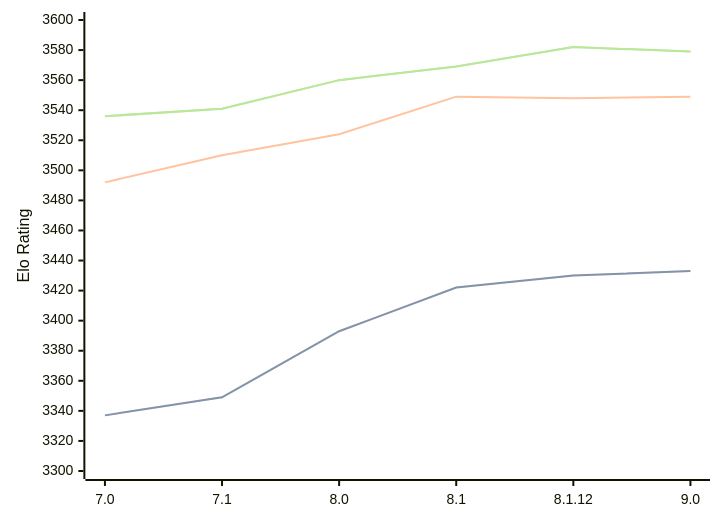
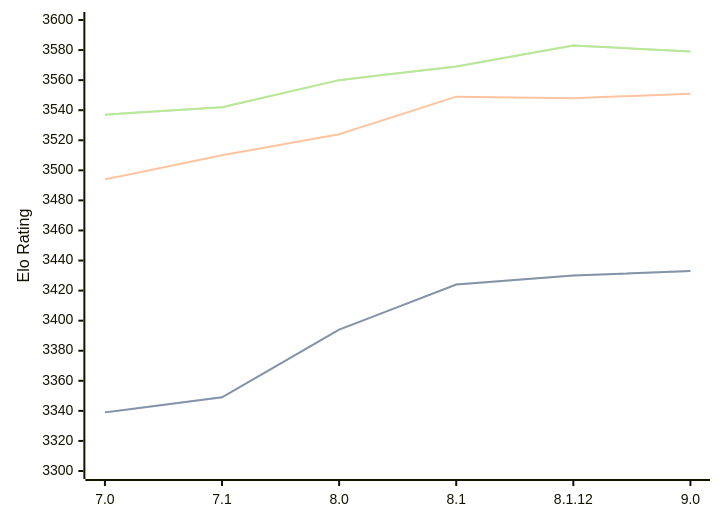
One commit to computer-chess-index/cci changed the diagram in engines/Alexandria.md. Above: the diagram before and after it, drawn with Mermaid. The commit also changed other lines of this file, not shown here.

Commit message:
Update CCI Ratings (ELO VLTC) - 2026-09-07

````diff
--- a/engines/Alexandria.md
+++ b/engines/Alexandria.md
@@ -36,11 +36,11 @@
 ```mermaid
 %%{init: {"theme":"base","themeVariables":{"seriesColors:['#a3a3a3','#222221','#faa371']}}}%%
 xychart-beta
   x-axis ["7.0", "7.1", "8.0", "8.1", "8.1.12", "9.0"]
   y-axis "Elo Rating" 3300 --> 3600
-  line "" [3337, 3349, 3393, 3422, 3430, 3433]
-  line "STC (8.0+0.08s)" [3337, 3349, 3393, 3422, 3430, 3433]
-  line "LTC (60.0+0.60s)" [3492, 3510, 3524, 3549, 3548, 3549]
-  line "" [3536, 3541, 3560, 3569, 3582, 3579]
-  line "VLTC (2m24s+1.12s)" [3536, 3541, 3560, 3569, 3582, 3579]
+  line "" [3339, 3349, 3394, 3424, 3430, 3433]
+  line "STC (8.0+0.08s)" [3339, 3349, 3394, 3424, 3430, 3433]
+  line "LTC (60.0+0.60s)" [3494, 3510, 3524, 3549, 3548, 3551]
+  line "" [3537, 3542, 3560, 3569, 3583, 3579]
+  line "VLTC (2m24s+1.12s)" [3537, 3542, 3560, 3569, 3583, 3579]
 ```
````
